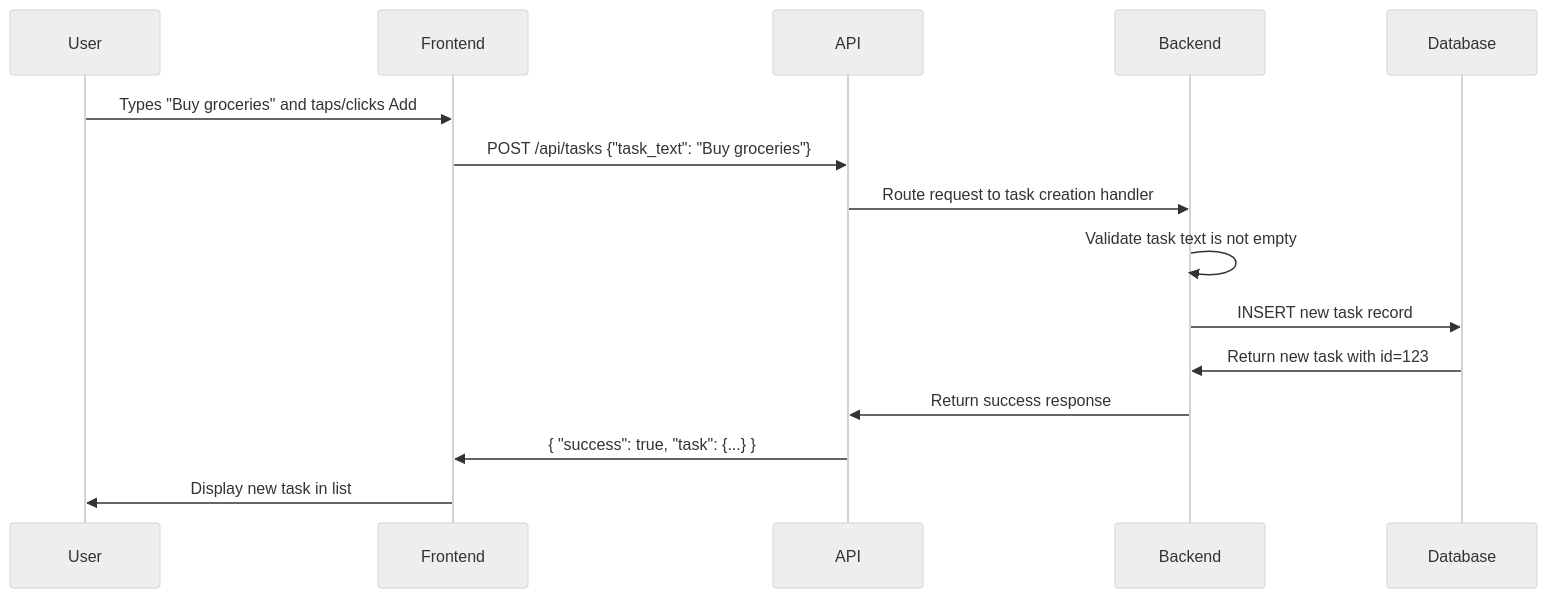
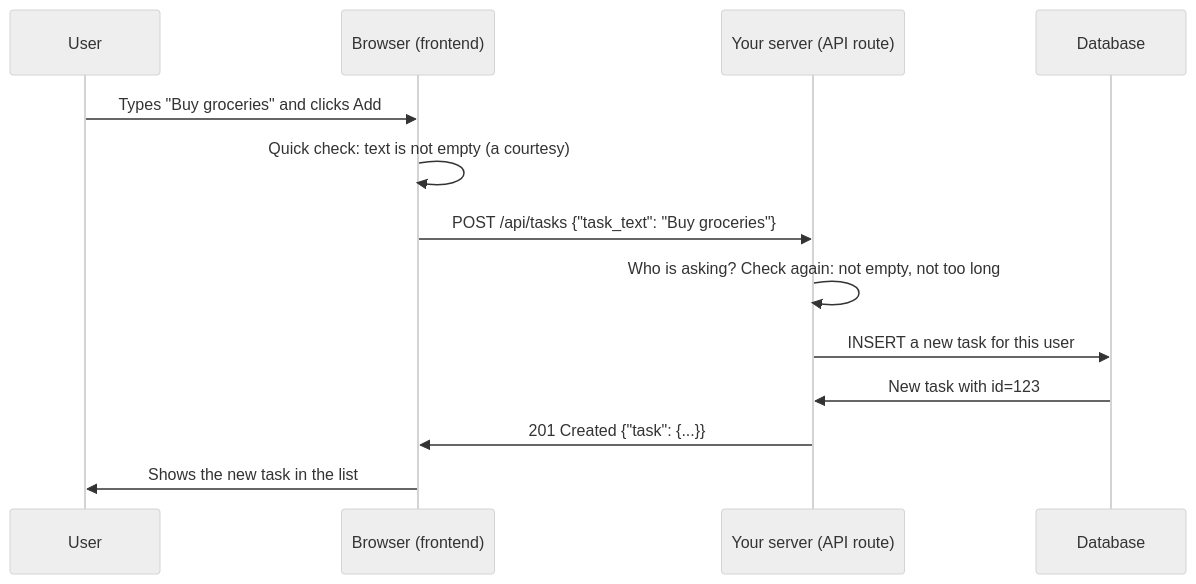
The first of 2 diagrams in 07-anatomy-of-an-application.qmd (byu-strategy/product-management), drawn with Mermaid (neutral theme) before and after one commit. The commit also changed other lines of this file and 2 other files, not shown here.

First line of the commit message:
Architecture chapters 07-09: reframe around where code runs and data lives

````diff
--- a/07-anatomy-of-an-application.qmd
+++ b/07-anatomy-of-an-application.qmd
@@ -82,18 +96,16 @@
 ```{mermaid}
 sequenceDiagram
     participant User
-    participant Frontend
-    participant API
-    participant Backend
+    participant Browser as Browser (frontend)
+    participant Server as Your server (API route)
     participant Database
 
-    User->>Frontend: Types "Buy groceries" and taps/clicks Add
-    Frontend->>API: POST /api/tasks {"task_text": "Buy groceries"}
-    API->>Backend: Route request to task creation handler
-    Backend->>Backend: Validate task text is not empty
-    Backend->>Database: INSERT new task record
-    Database->>Backend: Return new task with id=123
-    Backend->>API: Return success response
-    API->>Frontend: { "success": true, "task": {...} }
-    Frontend->>User: Display new task in list
+    User->>Browser: Types "Buy groceries" and clicks Add
+    Browser->>Browser: Quick check: text is not empty (a courtesy)
+    Browser->>Server: POST /api/tasks {"task_text": "Buy groceries"}
+    Server->>Server: Who is asking? Check again: not empty, not too long
+    Server->>Database: INSERT a new task for this user
+    Database->>Server: New task with id=123
+    Server->>Browser: 201 Created {"task": {...}}
+    Browser->>User: Shows the new task in the list
 ```
````
